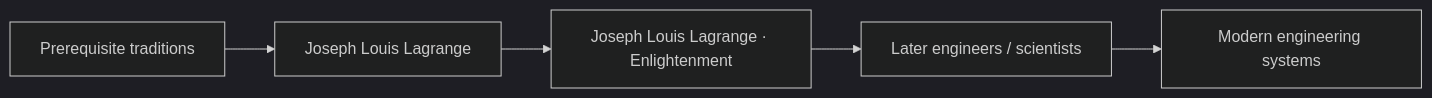
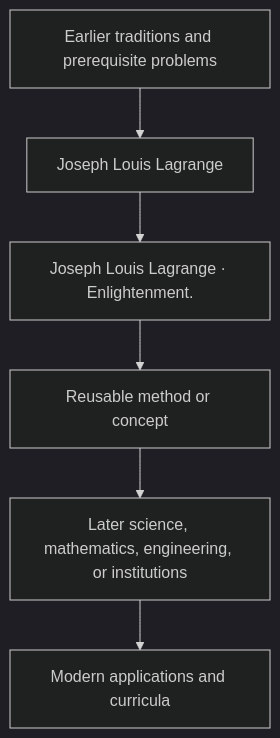
One commit to via-decide/ViaLogic changed the diagram in docs/history/joseph-louis-lagrange/influence.md. Above: the diagram before and after it, drawn with Mermaid (dark theme). The commit also changed other lines of this file and 858 other files, not shown here.

````diff
--- a/docs/history/joseph-louis-lagrange/influence.md
+++ b/docs/history/joseph-louis-lagrange/influence.md
@@ -29,7 +16,8 @@
 ```mermaid
-graph LR
-  prerequisites["Prerequisite traditions"] --> current["Joseph Louis Lagrange"]
-  current --> contribution["Joseph Louis Lagrange · Enlightenment"]
-  contribution --> successors["Later engineers / scientists"]
-  successors --> modern["Modern engineering systems"]
+graph TD
+  Prior[Earlier traditions and prerequisite problems] --> Person[Joseph Louis Lagrange]
+  Person --> Contribution[Joseph Louis Lagrange · Enlightenment.]
+  Contribution --> Method[Reusable method or concept]
+  Method --> Later[Later science, mathematics, engineering, or institutions]
+  Later --> Modern[Modern applications and curricula]
 ```
````
